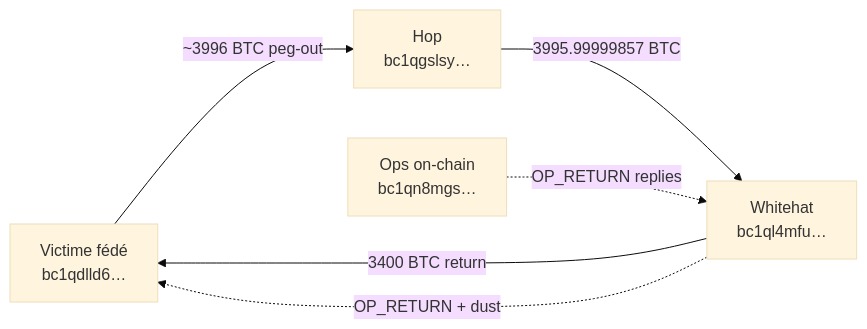
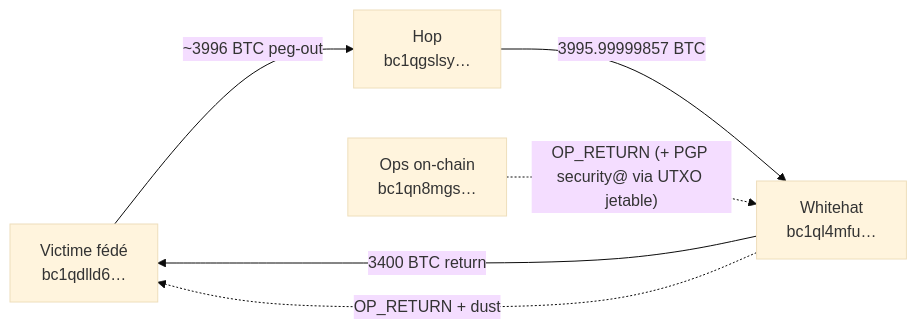
One commit to cyphertux/liquid-2026-incident-forensics changed the diagram in final/data/btc_3400_opreturn/CHRONOLOGY.md. Above: the diagram before and after it, drawn with Mermaid (base theme). The commit also changed other lines of this file and 6 other files, not shown here.

Commit message:
docs: extend BTC chronology with post-:( ops PGP messages Reclassify 9a041c86/57bd5c9b via security@ GOODSIG; refresh FR/EN images and filter.

````diff
--- a/final/data/btc_3400_opreturn/CHRONOLOGY.md
+++ b/final/data/btc_3400_opreturn/CHRONOLOGY.md
@@ -16,13 +16,13 @@
 ```mermaid
 flowchart LR
   V["Victime fédé<br/>bc1qdlld6…"]
   H["Hop<br/>bc1qgslsy…"]
   W["Whitehat<br/>bc1ql4mfu…"]
   O["Ops on-chain<br/>bc1qn8mgs…"]
 
   V -->|"~3996 BTC peg-out"| H
   H -->|"3995.99999857 BTC"| W
   W -->|"3400 BTC return"| V
-  O -.->|"OP_RETURN replies"| W
+  O -.->|"OP_RETURN (+ PGP security@ via UTXO jetable)"| W
   W -.->|"OP_RETURN + dust"| V
 ```
````
